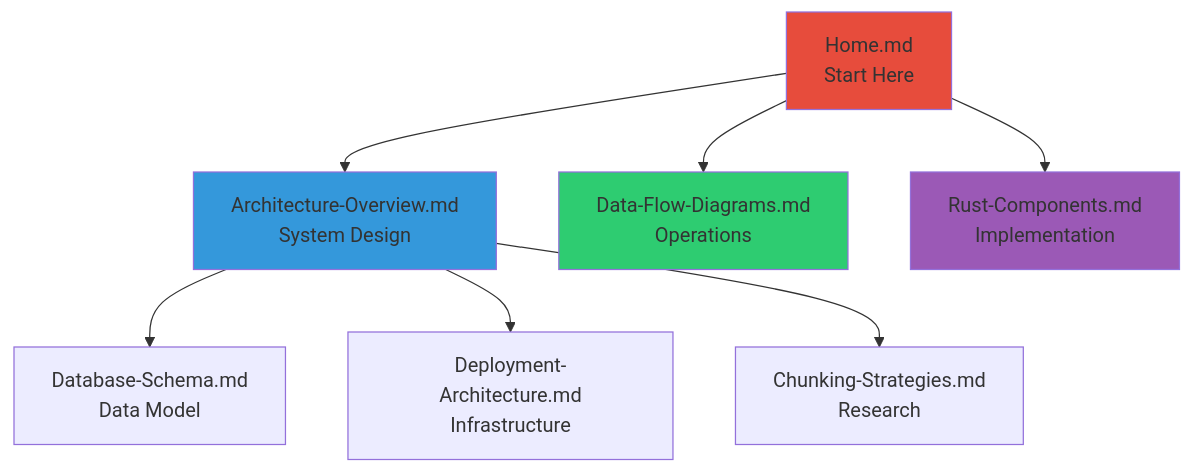
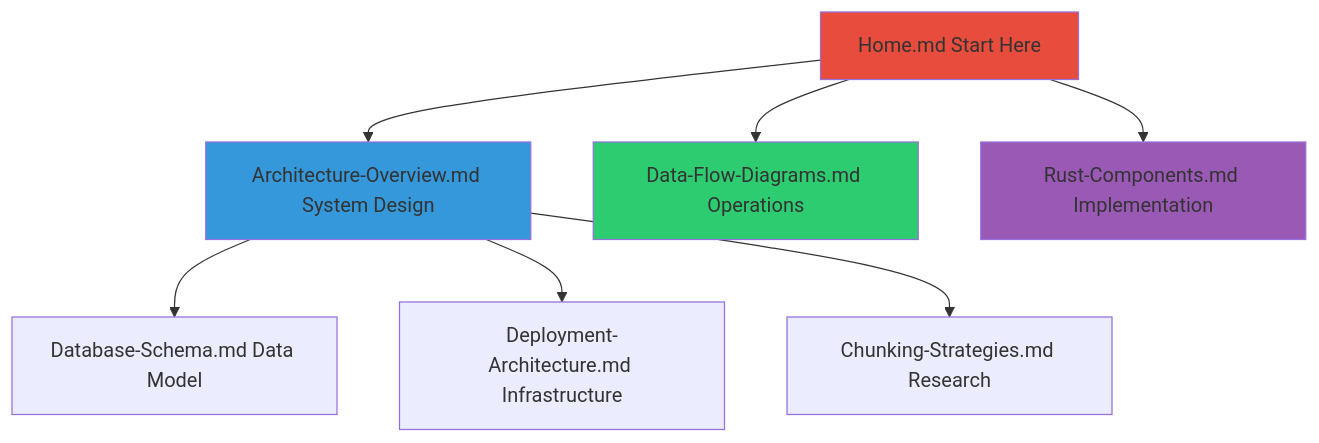
The diagram in wiki/README.md (softwarewrighter/rag-demo), drawn with Mermaid before and after one commit. The commit also changed other lines of this file and 7 other files, not shown here.

````diff
--- a/wiki/README.md
+++ b/wiki/README.md
@@ -55,17 +55,17 @@
 ```mermaid
 graph TB
-    Home[Home.md<br/>Start Here]
+    Home[Home.md Start Here]
 
-    Home --> Arch[Architecture-Overview.md<br/>System Design]
-    Home --> Flow[Data-Flow-Diagrams.md<br/>Operations]
-    Home --> Comp[Rust-Components.md<br/>Implementation]
+    Home --> Arch[Architecture-Overview.md System Design]
+    Home --> Flow[Data-Flow-Diagrams.md Operations]
+    Home --> Comp[Rust-Components.md Implementation]
 
-    Arch --> DB[Database-Schema.md<br/>Data Model]
-    Arch --> Deploy[Deployment-Architecture.md<br/>Infrastructure]
-    Arch --> Chunk[Chunking-Strategies.md<br/>Research]
+    Arch --> DB[Database-Schema.md Data Model]
+    Arch --> Deploy[Deployment-Architecture.md Infrastructure]
+    Arch --> Chunk[Chunking-Strategies.md Research]
 
     style Home fill:#e74c3c
     style Arch fill:#3498db
     style Flow fill:#2ecc71
     style Comp fill:#9b59b6
 ```
````
